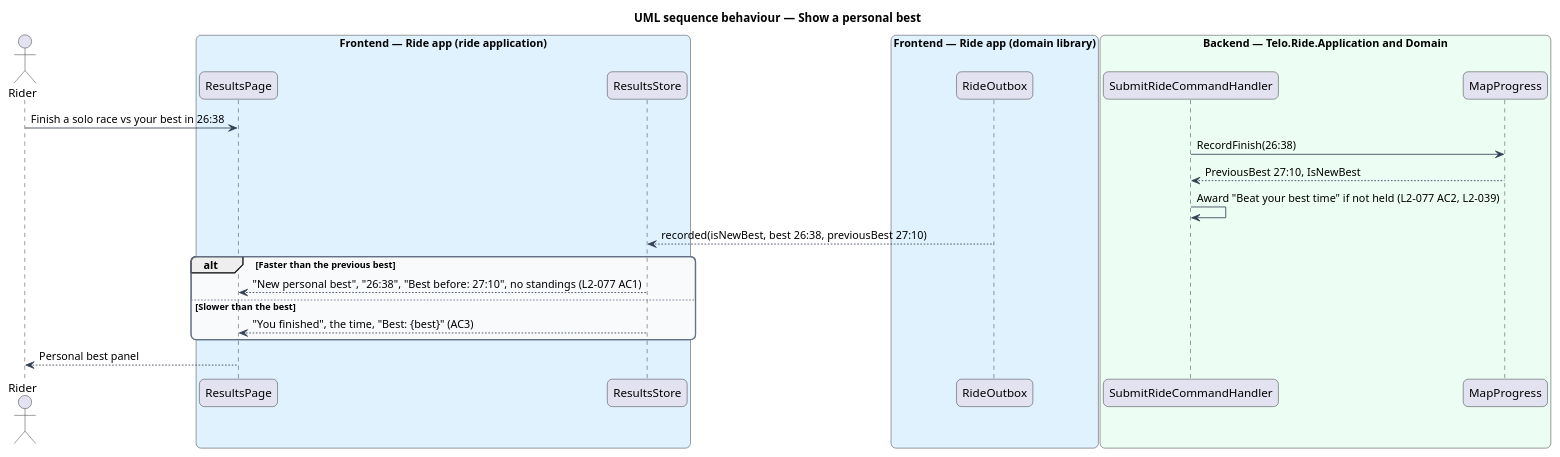
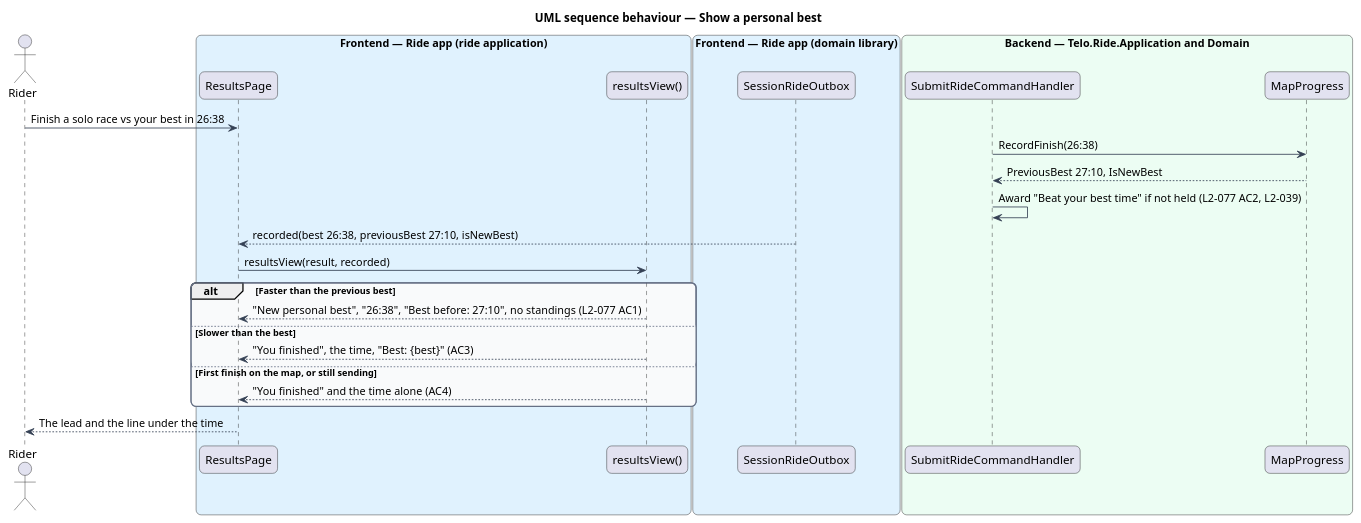
The diagram in docs/detailed-designs/results/show-xp-stars-and-personal-best/diagrams/sequence-personal-best.puml (QuinntyneBrown/ride-one), drawn with PlantUML before and after one commit. The commit also changed 23 other files, not shown here.

First line of the commit message:
Align slice 11.2: XP panel states, a slower solo race, the outbox

```diff
--- a/docs/detailed-designs/results/show-xp-stars-and-personal-best/diagrams/sequence-personal-best.puml
+++ b/docs/detailed-designs/results/show-xp-stars-and-personal-best/diagrams/sequence-personal-best.puml
@@ -1,40 +1,43 @@
 @startuml
 title UML sequence behaviour — Show a personal best
 skinparam backgroundColor #FFFFFF
 skinparam shadowing false
 skinparam roundcorner 12
 skinparam defaultFontName Arial
 skinparam ArrowColor #344054
 skinparam rectangle {
   BorderColor #344054
   FontColor #101828
 }
 skinparam package {
   BorderColor #667085
   FontColor #101828
   BackgroundColor #F9FAFB
 }
 actor "Rider" as actor
 box "Frontend — Ride app (ride application)" #E0F2FE
   participant "ResultsPage" as page
-  participant "ResultsStore" as store
+  participant "resultsView()" as store
 end box
 box "Frontend — Ride app (domain library)" #E0F2FE
-  participant "RideOutbox" as outbox
+  participant "SessionRideOutbox" as outbox
 end box
 box "Backend — Telo.Ride.Application and Domain" #ECFDF3
   participant "SubmitRideCommandHandler" as handler
   participant "MapProgress" as mp
 end box
 actor -> page : Finish a solo race vs your best in 26:38
 handler -> mp : RecordFinish(26:38)
 mp --> handler : PreviousBest 27:10, IsNewBest
 handler -> handler : Award "Beat your best time" if not held (L2-077 AC2, L2-039)
-outbox --> store : recorded(isNewBest, best 26:38, previousBest 27:10)
+outbox --> page : recorded(best 26:38, previousBest 27:10, isNewBest)
+page -> store : resultsView(result, recorded)
 alt Faster than the previous best
   store --> page : "New personal best", "26:38", "Best before: 27:10", no standings (L2-077 AC1)
 else Slower than the best
   store --> page : "You finished", the time, "Best: {best}" (AC3)
+else First finish on the map, or still sending
+  store --> page : "You finished" and the time alone (AC4)
 end
-page --> actor : Personal best panel
+page --> actor : The lead and the line under the time
 @enduml
```
